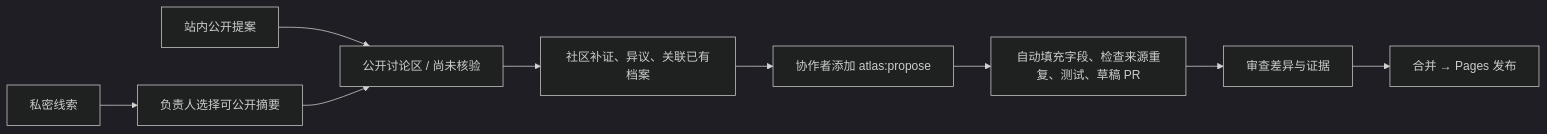
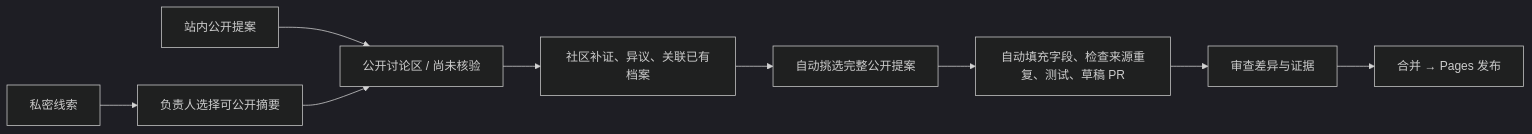
One commit to utopiazzr/safety-atlas changed the diagram in docs/CONTRIBUTING.md. Above: the diagram before and after it, drawn with Mermaid (dark theme). The commit also changed other lines of this file and 15 other files, not shown here.

````diff
--- a/docs/CONTRIBUTING.md
+++ b/docs/CONTRIBUTING.md
@@ -18,11 +18,11 @@
 ```mermaid
 flowchart LR
     A[站内公开提案] --> B[公开讨论区 / 尚未核验]
     P[私密线索] --> Q[负责人选择可公开摘要]
     Q --> B
     B --> C[社区补证、异议、关联已有档案]
-    C --> D[协作者添加 atlas:propose]
+    C --> D[自动挑选完整公开提案]
     D --> E[自动填充字段、检查来源重复、测试、草稿 PR]
     E --> F[审查差异与证据]
     F --> G[合并 → Pages 发布]
 ```
````
